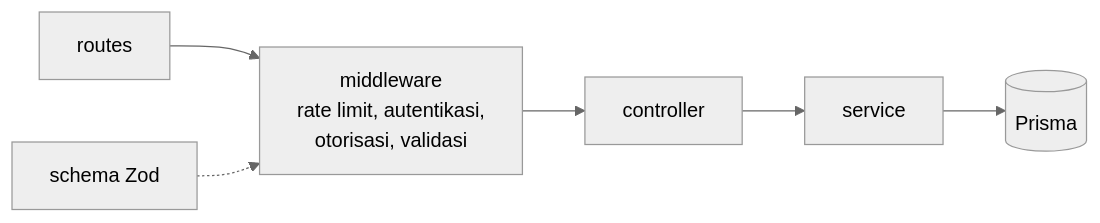
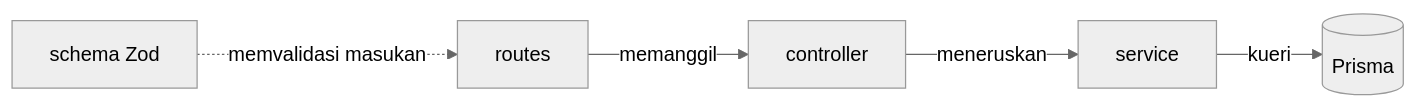
The fourth of 6 diagrams in .claude/skills/dokumen-aplikasi-cipansor/assets/template-teknis.md (ypcipansor/cipansor), drawn with Mermaid (neutral theme) before and after one commit. The commit also changed other lines of this file and 68 other files, not shown here.

````diff
--- a/.claude/skills/dokumen-aplikasi-cipansor/assets/template-teknis.md
+++ b/.claude/skills/dokumen-aplikasi-cipansor/assets/template-teknis.md
@@ -130,9 +176,8 @@
 ```mermaid
-%% caption: Lapisan modul API — satu permintaan dari rute sampai basis data
+%% caption: Lapisan satu modul API — satu permintaan dari rute sampai basis data
 flowchart LR
-  R[routes] --> M[middleware<br/>rate limit, autentikasi,<br/>otorisasi, validasi]
-  M --> Ctl[controller]
-  Ctl --> S[service]
-  S --> P[(Prisma)]
-  Sch[schema Zod] -.-> M
+  R["routes"] -->|"memanggil"| Ctl["controller"]
+  Ctl -->|"meneruskan"| S["service"]
+  S -->|"kueri"| P[("Prisma")]
+  Sch["schema Zod"] -.->|"memvalidasi masukan"| R
 ```
````
